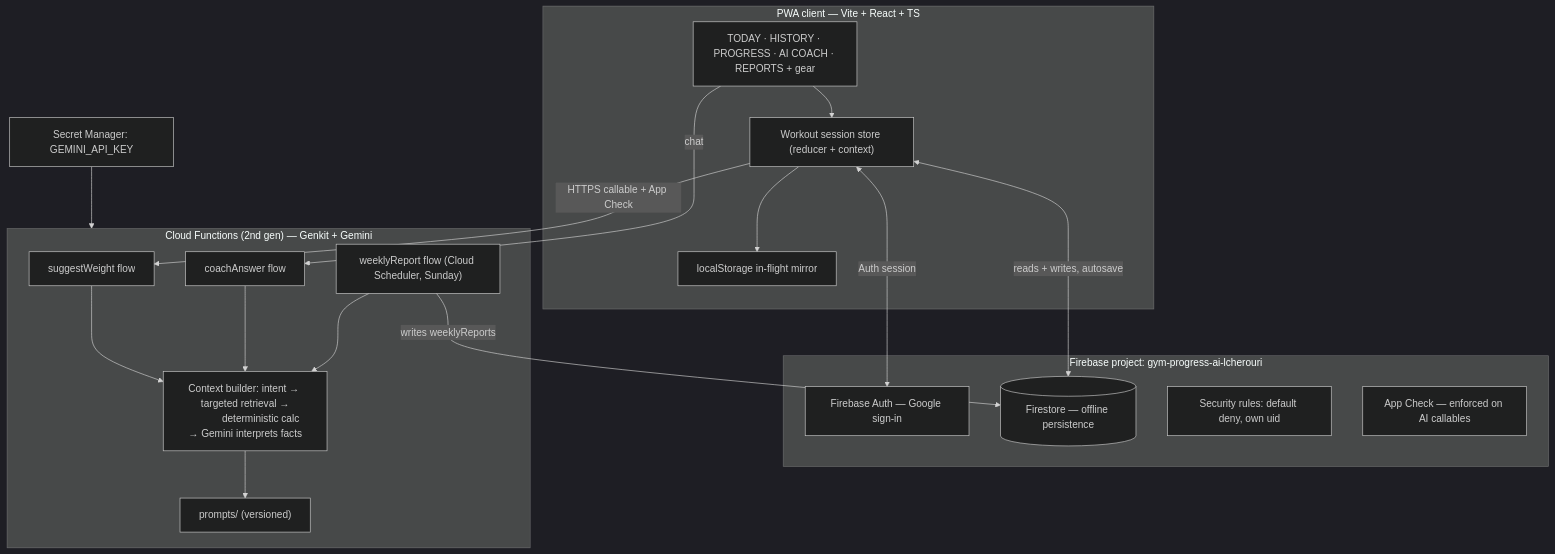
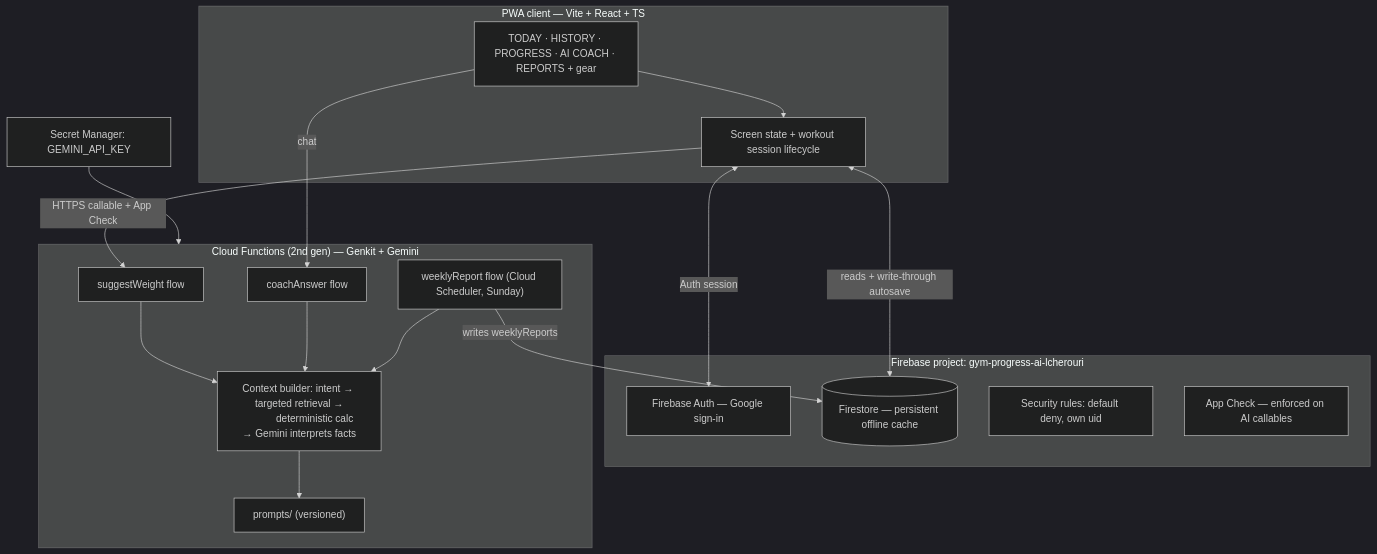
One commit to LCHEROURI/gym-progress-ai changed the diagram in docs/ARCHITECTURE.md. Above: the diagram before and after it, drawn with Mermaid (dark theme). The commit also changed other lines of this file and 25 other files, not shown here.

First line of the commit message:
feat: recover workouts and improve onboarding and coach flows

````diff
--- a/docs/ARCHITECTURE.md
+++ b/docs/ARCHITECTURE.md
@@ -10,34 +10,34 @@
 ```mermaid
 flowchart TB
     subgraph Client["PWA client — Vite + React + TS"]
         UI["TODAY · HISTORY · PROGRESS · AI COACH · REPORTS + gear"]
-        Store["Workout session store (reducer + context)"]
-        Mirror["localStorage in-flight mirror"]
-        UI --> Store --> Mirror
-    end        subgraph FB["Firebase project: gym-progress-ai-lcherouri"]
+        State["Screen state + workout session lifecycle"]
+        UI --> State
+    end
+    subgraph FB["Firebase project: gym-progress-ai-lcherouri"]
         Auth["Firebase Auth — Google sign-in"]
-        FS[("Firestore — offline persistence")]
+        FS[("Firestore — persistent offline cache")]
         Rules["Security rules: default deny, own uid"]
         AC["App Check — enforced on AI callables"]
     end
 
     subgraph Server["Cloud Functions (2nd gen) — Genkit + Gemini"]
         SW["suggestWeight flow"]
         CA["coachAnswer flow"]
         WR["weeklyReport flow (Cloud Scheduler, Sunday)"]
         CB["Context builder: intent → targeted retrieval →
             deterministic calc → Gemini interprets facts"]
         Prompts["prompts/ (versioned)"]
         SW --> CB
         CA --> CB
         WR --> CB
         CB --> Prompts
     end
 
-    Store <-->|Auth session| Auth
-    Store <-->|reads + writes, autosave| FS
-    Store -->|HTTPS callable + App Check| SW
+    State <-->|Auth session| Auth
+    State <-->|reads + write-through autosave| FS
+    State -->|HTTPS callable + App Check| SW
     UI -->|chat| CA
     WR -->|writes weeklyReports| FS
     Secrets["Secret Manager: GEMINI_API_KEY"] --> Server
 ```
````
